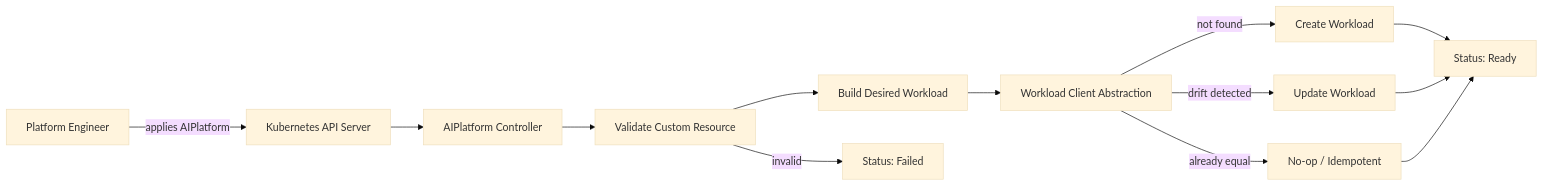
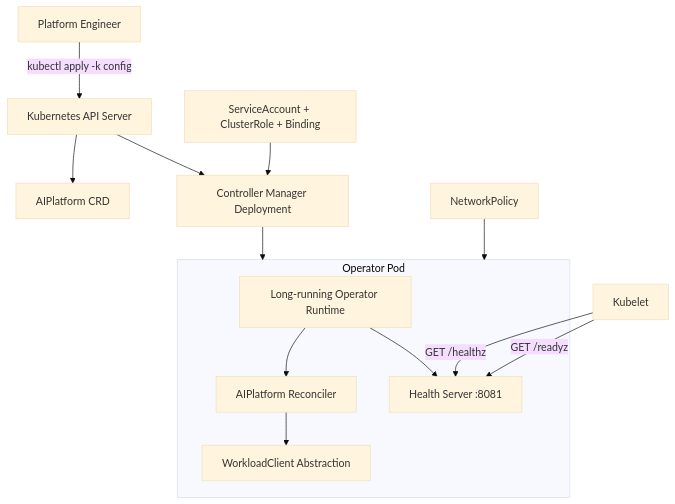
The diagram in docs/architecture.md (abdallauno1/platform-engineering-kubernetes-operator), drawn with Mermaid (base theme) before and after one commit. The commit also changed other lines of this file and 19 other files, not shown here.

Commit message:
Day 3 - Add production-ready Kubernetes runtime and deployment

````diff
--- a/docs/architecture.md
+++ b/docs/architecture.md
@@ -3,15 +3,22 @@
 ```mermaid
-flowchart LR
-    Engineer[Platform Engineer] -->|applies AIPlatform| API[Kubernetes API Server]
-    API --> Controller[AIPlatform Controller]
-    Controller --> Validate[Validate Custom Resource]
-    Validate --> Desired[Build Desired Workload]
-    Desired --> Client[Workload Client Abstraction]
-    Client -->|not found| Create[Create Workload]
-    Client -->|drift detected| Update[Update Workload]
-    Client -->|already equal| NoOp[No-op / Idempotent]
-    Create --> Status[Status: Ready]
-    Update --> Status
-    NoOp --> Status
-    Validate -->|invalid| Failed[Status: Failed]
+flowchart TB
+    Engineer[Platform Engineer] -->|kubectl apply -k config| API[Kubernetes API Server]
+    API --> CRD[AIPlatform CRD]
+    API --> Deployment[Controller Manager Deployment]
+
+    subgraph Pod[Operator Pod]
+      Runtime[Long-running Operator Runtime]
+      Probe[Health Server :8081]
+      Reconciler[AIPlatform Reconciler]
+      Client[WorkloadClient Abstraction]
+      Runtime --> Reconciler
+      Runtime --> Probe
+      Reconciler --> Client
+    end
+
+    Deployment --> Pod
+    Kubelet[Kubelet] -->|GET /healthz| Probe
+    Kubelet -->|GET /readyz| Probe
+    RBAC[ServiceAccount + ClusterRole + Binding] --> Deployment
+    NetPol[NetworkPolicy] --> Pod
 ```
````
